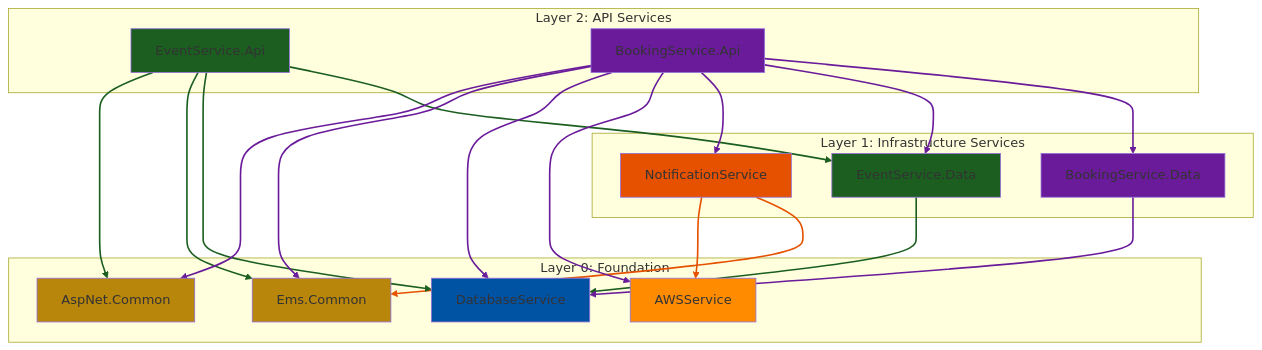
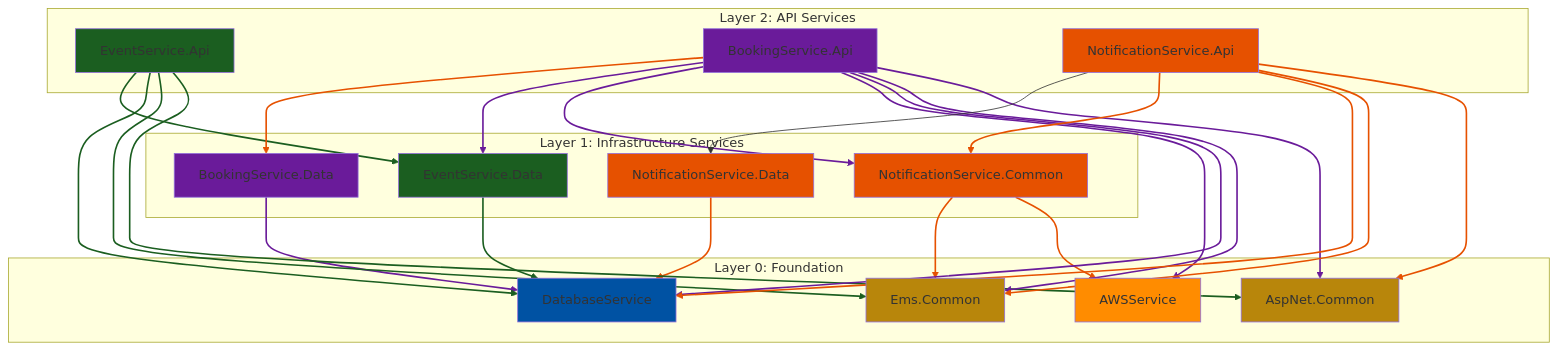
Before and after one commit to Quanmuito/event-managent-solution-dotnet: the diagram in README.md, drawn with Mermaid. The commit also changed 29 other files, not shown here.

Commit message:
refactor notification service

````diff
--- a/README.md
+++ b/README.md
@@ -77,64 +77,80 @@
 ```mermaid
 graph TB
     subgraph Layer0["Layer 0: Foundation"]
         DatabaseService[DatabaseService]
         AspNet_Common[AspNet.Common]
         AWSService[AWSService]
         Ems_Common[Ems.Common]
     end
 
     subgraph Layer1["Layer 1: Infrastructure Services"]
-        NotificationService[NotificationService]
+        NotificationService_Common[NotificationService.Common]
+        NotificationService_Data[NotificationService.Data]
         EventService_Data[EventService.Data]
         BookingService_Data[BookingService.Data]
     end
 
     subgraph Layer2["Layer 2: API Services"]
         EventService_Api[EventService.Api]
         BookingService_Api[BookingService.Api]
+        NotificationService_Api[NotificationService.Api]
     end
 
-    NotificationService --> AWSService
-    NotificationService --> Ems_Common
+    NotificationService_Common --> AWSService
+    NotificationService_Common --> Ems_Common
+    NotificationService_Data --> DatabaseService
     EventService_Data --> DatabaseService
     BookingService_Data --> DatabaseService
 
     EventService_Api --> AspNet_Common
     EventService_Api --> Ems_Common
     EventService_Api --> DatabaseService
     EventService_Api --> EventService_Data
 
     BookingService_Api --> AspNet_Common
     BookingService_Api --> Ems_Common
     BookingService_Api --> DatabaseService
     BookingService_Api --> AWSService
-    BookingService_Api --> NotificationService
+    BookingService_Api --> NotificationService_Common
     BookingService_Api --> EventService_Data
     BookingService_Api --> BookingService_Data
+
+    NotificationService_Api --> AspNet_Common
+    NotificationService_Api --> Ems_Common
+    NotificationService_Api --> DatabaseService
+    NotificationService_Api --> NotificationService_Common
+    NotificationService_Api --> NotificationService_Data
 
     style DatabaseService fill:#0052a3
     style AspNet_Common fill:#b8860b
     style AWSService fill:#ff8c00
-    style NotificationService fill:#e65100
+    style NotificationService_Common fill:#e65100
+    style NotificationService_Data fill:#e65100
+    style NotificationService_Api fill:#e65100
     style Ems_Common fill:#b8860b
     style EventService_Data fill:#1b5e20
     style EventService_Api fill:#1b5e20
     style BookingService_Data fill:#6a1b9a
     style BookingService_Api fill:#6a1b9a
 
     linkStyle 0 stroke:#e65100,stroke-width:2px
     linkStyle 1 stroke:#e65100,stroke-width:2px
-    linkStyle 2 stroke:#1b5e20,stroke-width:2px
-    linkStyle 3 stroke:#6a1b9a,stroke-width:2px
-    linkStyle 4 stroke:#1b5e20,stroke-width:2px
+    linkStyle 2 stroke:#e65100,stroke-width:2px
+    linkStyle 3 stroke:#1b5e20,stroke-width:2px
+    linkStyle 4 stroke:#6a1b9a,stroke-width:2px
     linkStyle 5 stroke:#1b5e20,stroke-width:2px
     linkStyle 6 stroke:#1b5e20,stroke-width:2px
     linkStyle 7 stroke:#1b5e20,stroke-width:2px
-    linkStyle 8 stroke:#6a1b9a,stroke-width:2px
+    linkStyle 8 stroke:#1b5e20,stroke-width:2px
     linkStyle 9 stroke:#6a1b9a,stroke-width:2px
     linkStyle 10 stroke:#6a1b9a,stroke-width:2px
     linkStyle 11 stroke:#6a1b9a,stroke-width:2px
     linkStyle 12 stroke:#6a1b9a,stroke-width:2px
     linkStyle 13 stroke:#6a1b9a,stroke-width:2px
     linkStyle 14 stroke:#6a1b9a,stroke-width:2px
+    linkStyle 15 stroke:#e65100,stroke-width:2px
+    linkStyle 16 stroke:#e65100,stroke-width:2px
+    linkStyle 17 stroke:#e65100,stroke-width:2px
+    linkStyle 18 stroke:#e65100,stroke-width:2px
+    linkStyle 19 stroke:#e65100,stroke-width:2px
 ```
````
